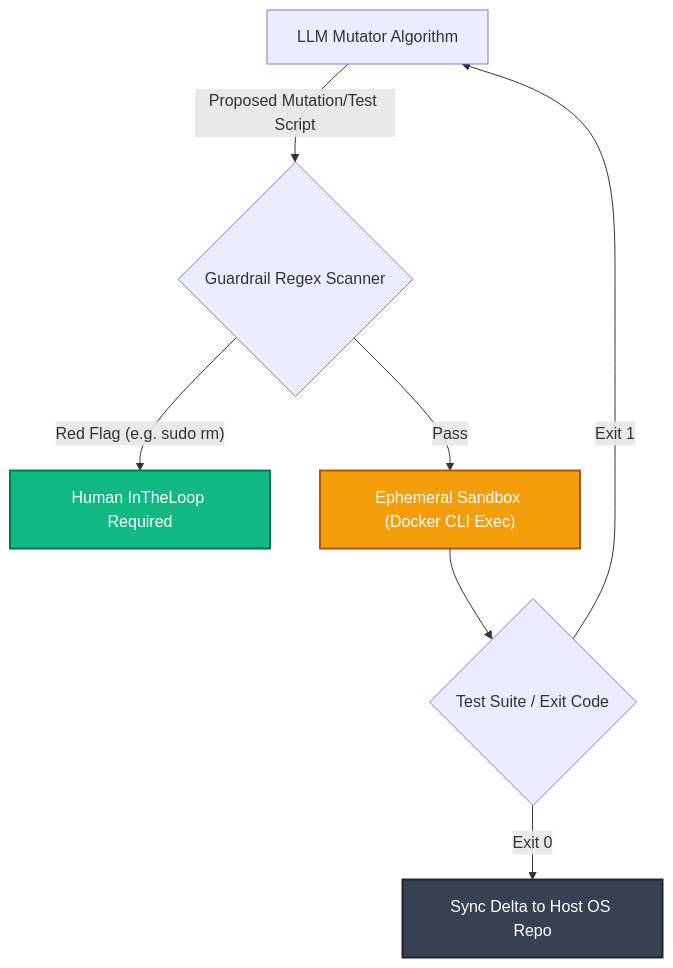
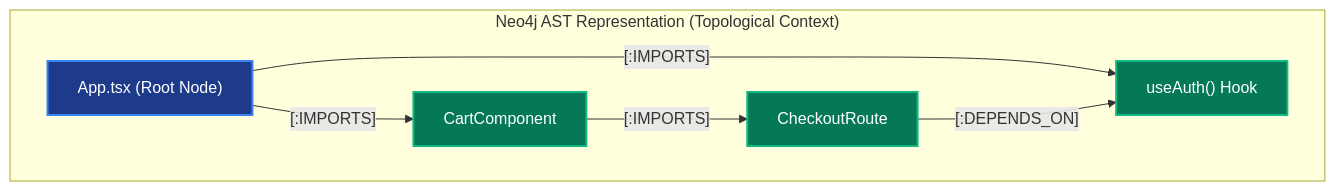
The first of 7 diagrams in ENTERPRISE_ARCHITECTURE.md (huudangdev/.agents), drawn with Mermaid before and after one commit. The commit also changed other lines of this file, not shown here.

Commit message:
docs(architecture): Vast conceptual expansion of Enterprise Blueprint adding 6 structural Mermaid models, exhaustive API cost metrics, and deep Ephemeral CI implementation case studies

````diff
--- a/ENTERPRISE_ARCHITECTURE.md
+++ b/ENTERPRISE_ARCHITECTURE.md
@@ -47,15 +32,18 @@
 ```mermaid
 graph TD
-    classDef Host fill:#374151,stroke:#1f2937,stroke-width:2px,color:#fff;
-    classDef Sandbox fill:#f59e0b,stroke:#b45309,stroke-width:2px,color:#fff;
-    classDef Secure fill:#10b981,stroke:#047857,stroke-width:2px,color:#fff;
+    classDef Core fill:#1e3a8a,stroke:#3b82f6,stroke-width:2px,color:#fff;
+    classDef Module fill:#047857,stroke:#10b981,stroke-width:2px,color:#fff;
+    classDef Database fill:#b45309,stroke:#fbbf24,stroke-width:2px,color:#fff;
 
-    Agent[LLM Mutator Algorithm] -->|Proposed Mutation/Test Script| Interceptor{Guardrail Regex Scanner}
-    
-    Interceptor -->|"Red Flag (e.g. sudo rm)"| Reject[Human InTheLoop Required]:::Secure
-    Interceptor -->|"Pass"| Container["Ephemeral Sandbox (Docker CLI Exec)"]:::Sandbox
-    
-    Container --> TestEval{Test Suite / Exit Code}
-    TestEval -->|"Exit 0"| HostMerge[Sync Delta to Host OS Repo]:::Host
-    TestEval -->|"Exit 1"| Agent
+    subgraph "Neo4j AST Representation (Topological Context)"
+        Root["App.tsx (Root Node)"]:::Core
+        Auth["useAuth() Hook"]:::Module
+        Cart["CartComponent"]:::Module
+        Checkout["CheckoutRoute"]:::Module
+        
+        Root -->|"[:IMPORTS]"| Auth
+        Root -->|"[:IMPORTS]"| Cart
+        Cart -->|"[:IMPORTS]"| Checkout
+        Checkout -->|"[:DEPENDS_ON]"| Auth
+    end
 ```
````
